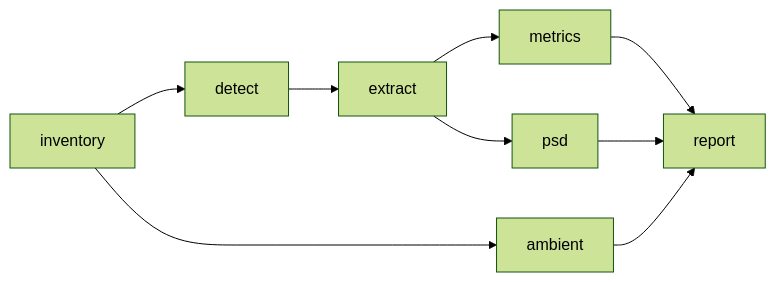
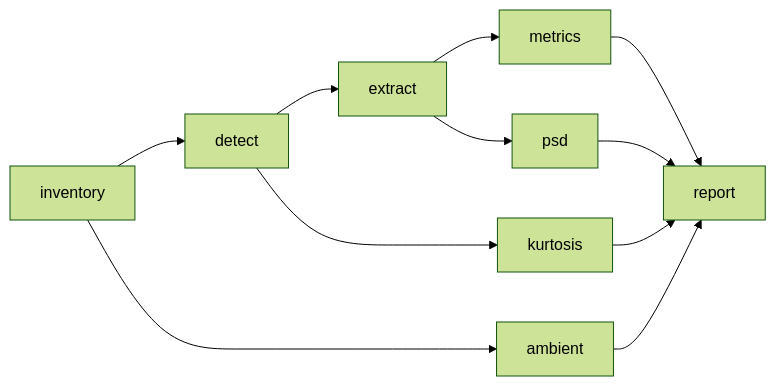
One commit to NeptuneProjects/RODEO-II_Construction-Soundscape changed the diagram in README.md. Above: the diagram before and after it, drawn with Mermaid (forest theme). The commit also changed other lines of this file and 9 other files, not shown here.

````diff
--- a/README.md
+++ b/README.md
@@ -20,9 +20,11 @@
 ```mermaid
 graph LR
    A[inventory] --> B[detect] --> C[extract] --> D[metrics]
    C --> E[psd]
    A --> F[ambient]
+   B --> H[kurtosis]
    D --> G[report]
    E --> G
    F --> G
+   H --> G
 ```
````
